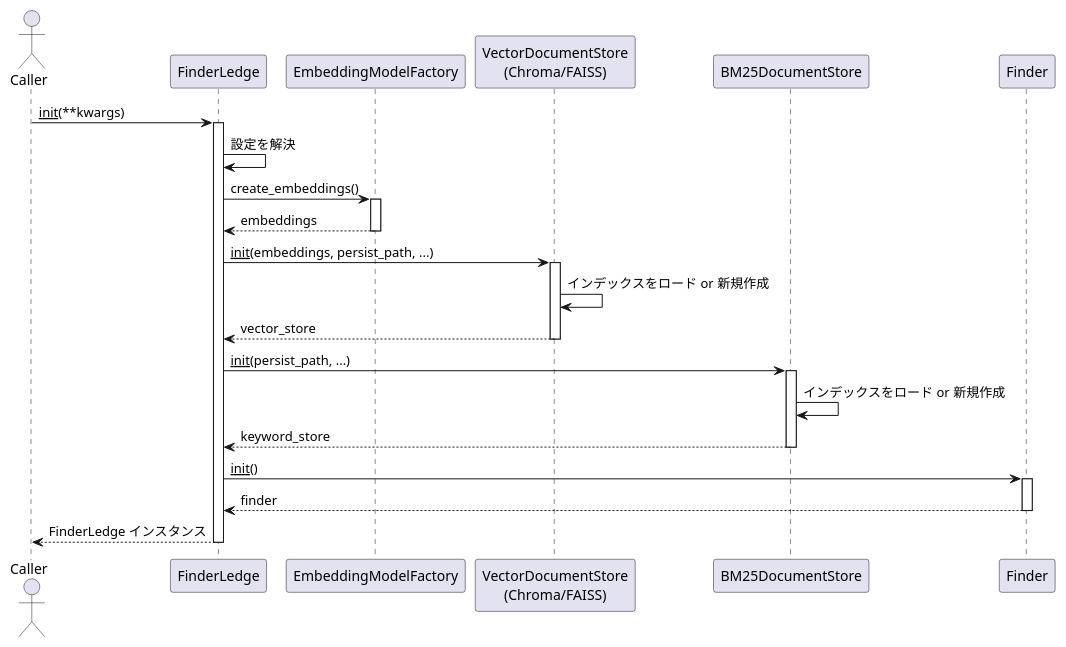
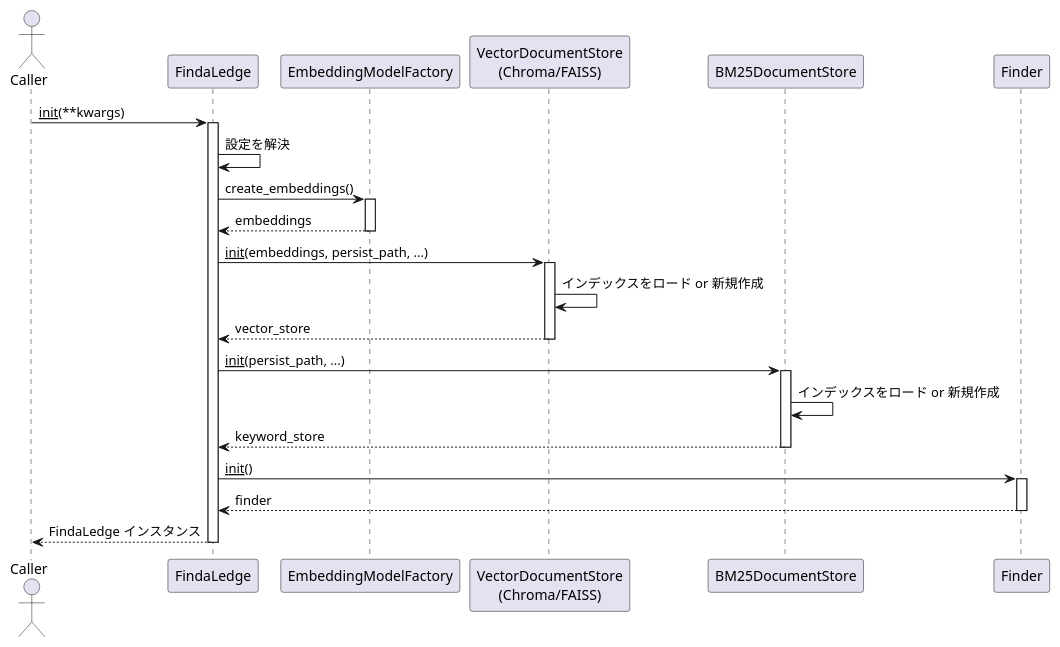
The first of 6 diagrams in docs/function_spec.md (kitfactory/findaledge), drawn with PlantUML before and after one commit. The commit also changed other lines of this file and 30 other files, not shown here.

````diff
--- a/docs/function_spec.md
+++ b/docs/function_spec.md
@@ -21,38 +21,38 @@
 ```plantuml
 @startuml
 actor Caller
-participant "FinderLedge" as Ledge
+participant "FindaLedge" as Ledge
 participant "EmbeddingModelFactory" as EmbedFactory
 participant "VectorDocumentStore\n(Chroma/FAISS)" as VecStore
 participant "BM25DocumentStore" as KWStore
 participant "Finder" as Finder
 
 Caller -> Ledge : __init__(**kwargs)
 activate Ledge
 Ledge -> Ledge : 設定を解決
 Ledge -> EmbedFactory : create_embeddings()
 activate EmbedFactory
 EmbedFactory --> Ledge : embeddings
 deactivate EmbedFactory
 
 Ledge -> VecStore : __init__(embeddings, persist_path, ...)
 activate VecStore
 VecStore -> VecStore : インデックスをロード or 新規作成
 VecStore --> Ledge : vector_store
 deactivate VecStore
 
 Ledge -> KWStore : __init__(persist_path, ...)
 activate KWStore
 KWStore -> KWStore : インデックスをロード or 新規作成
 KWStore --> Ledge : keyword_store
 deactivate KWStore
 
 Ledge -> Finder : __init__()
 activate Finder
 Finder --> Ledge : finder
 deactivate Finder
 
-Ledge --> Caller : FinderLedge インスタンス
+Ledge --> Caller : FindaLedge インスタンス
 deactivate Ledge
 @enduml
 ```
````
